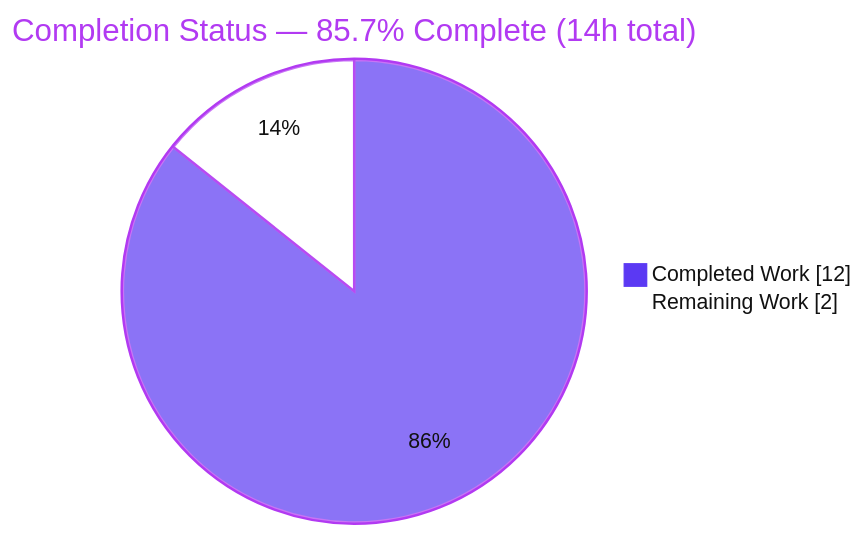
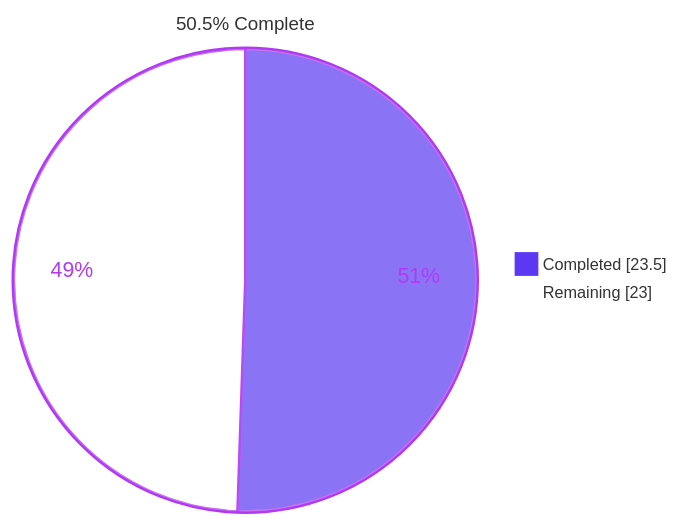
The first of 5 diagrams in blitzy/documentation/Project Guide.md (blitzy-public-samples/hello-world2-0r6b4x), drawn with Mermaid before and after one commit. The commit also changed other lines of this file, not shown here.

Commit message:
Adding Blitzy Project Guide: Project Status and Human Tasks Remaining

````diff
--- a/blitzy/documentation/Project Guide.md
+++ b/blitzy/documentation/Project Guide.md
@@ -15,6 +18,6 @@
 ```mermaid
-%%{init: {'theme':'base','themeVariables':{'pie1':'#5B39F3','pie2':'#FFFFFF','pieStrokeColor':'#B23AF2','pieOuterStrokeColor':'#B23AF2','pieTitleTextColor':'#B23AF2','pieSectionTextColor':'#111111','pieLegendTextColor':'#111111','pieStrokeWidth':'2px'}}}%%
-pie showData title Completion Status — 85.7% Complete (14h total)
-    "Completed Work" : 12
-    "Remaining Work" : 2
+%%{init: {"theme":"base","themeVariables":{"pie1":"#5B39F3","pie2":"#FFFFFF","pieStrokeColor":"#B23AF2","pieOuterStrokeColor":"#B23AF2","pieSectionTextColor":"#B23AF2","pieTitleTextSize":"15px","pieLegendTextSize":"13px"}}}%%
+pie showData title 50.5% Complete
+    "Completed" : 23.5
+    "Remaining" : 23.0
 ```
````
